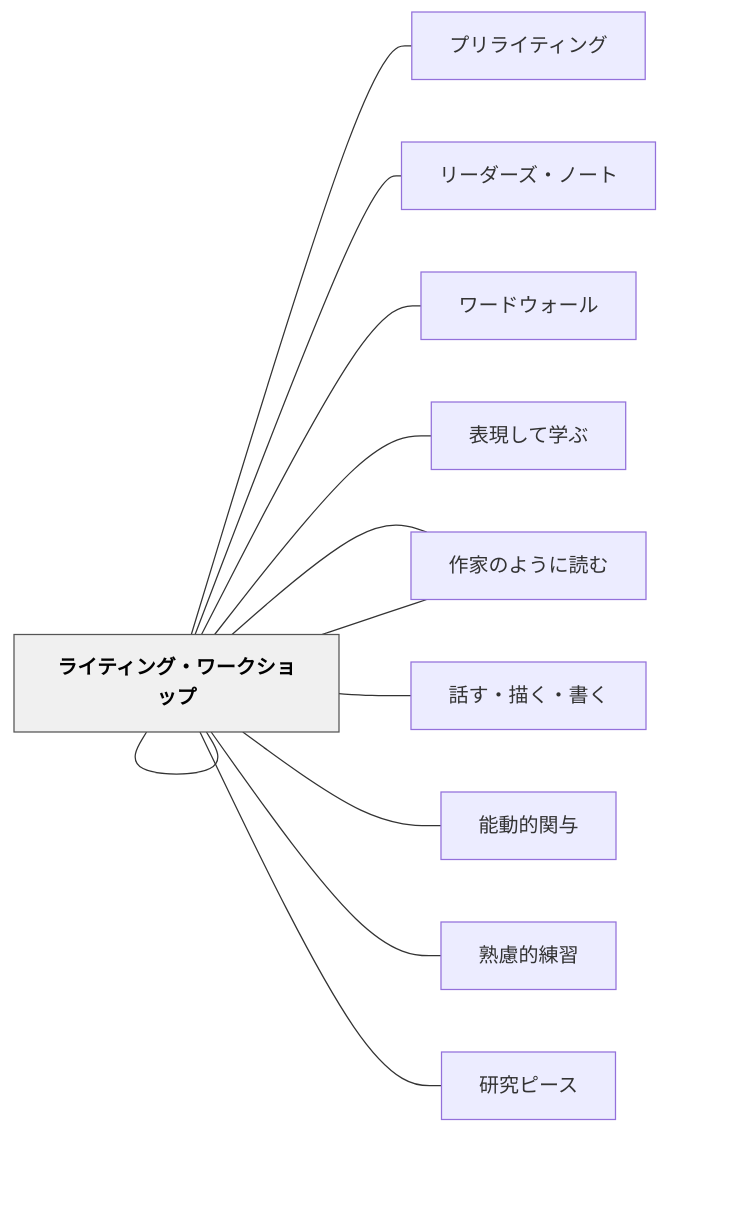
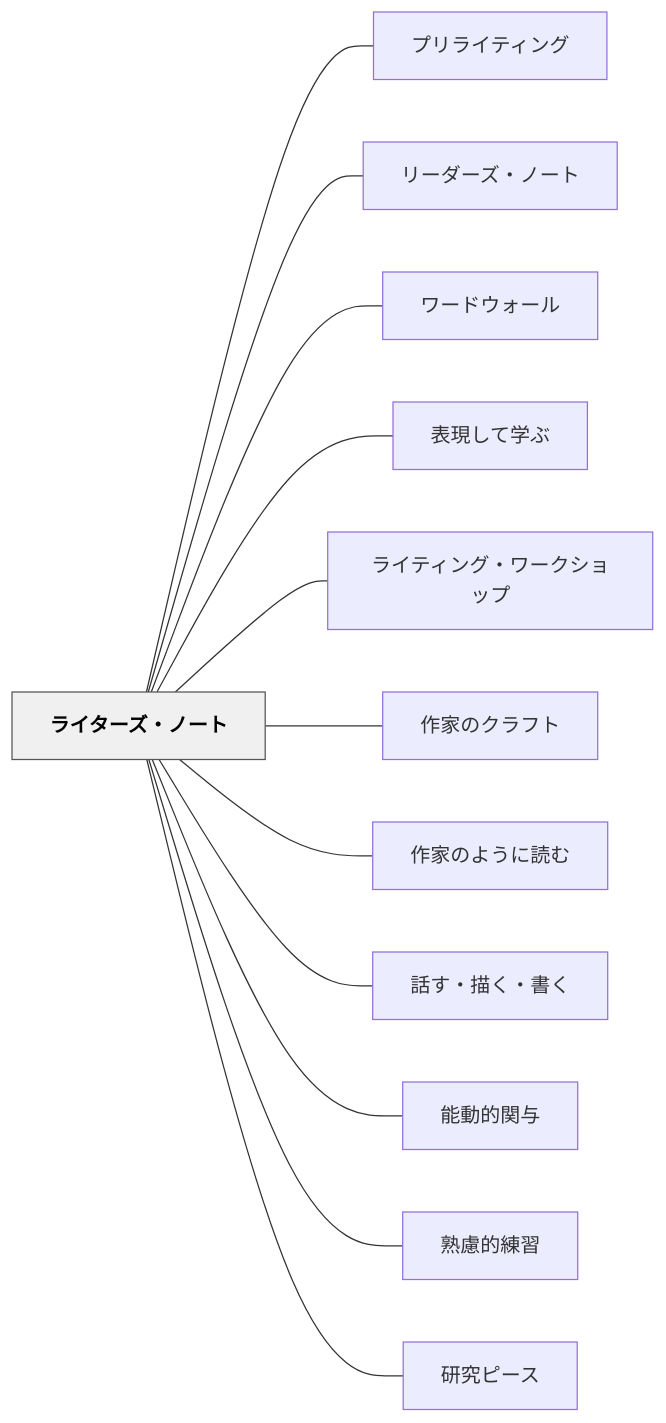
The diagram in content/パタン/ライターズ・ノート.md (unknownthings-ed-patterns/unknownthings-ed-patterns), drawn with Mermaid before and after one commit. The commit also changed 527 other files, not shown here.

````diff
--- a/content/パタン/ライターズ・ノート.md
+++ b/content/パタン/ライターズ・ノート.md
@@ -240,30 +240,30 @@
 ```mermaid
 flowchart LR
-    ne383a9e382a4["ライターズ・ノート"]
-    ne38397e383aa["プリライティング"]
-    ne383aae383bc["リーダーズ・ノート"]
-    ne383afe383bc["ワードウォール"]
-    ne8a1a8e78fbe["表現して学ぶ"]
-    ne383a9e382a4["ライティング・ワークショップ"]
-    ne4bd9ce5aeb6["作家のクラフト"]
-    ne4bd9ce5aeb6["作家のように読む"]
-    ne8a9b1e38199["話す・描く・書く"]
-    ne883bde58b95["能動的関与"]
-    ne7869fe685ae["熟慮的練習"]
-    ne7a094e7a9b6["研究ピース"]
+    ne383a9e382a4e382bfe383bce382bae383bbe3838ee383bce38388["ライターズ・ノート"]
+    ne38397e383aae383a9e382a4e38386e382a3e383b3e382b0["プリライティング"]
+    ne383aae383bce38380e383bce382bae383bbe3838ee383bce38388["リーダーズ・ノート"]
+    ne383afe383bce38389e382a6e382a9e383bce383ab["ワードウォール"]
+    ne8a1a8e78fbee38197e381a6e5ada6e381b6["表現して学ぶ"]
+    ne383a9e382a4e38386e382a3e383b3e382b0e383bbe383afe383bce382afe382b7e383a7e38383e38397["ライティング・ワークショップ"]
+    ne4bd9ce5aeb6e381aee382afe383a9e38395e38388["作家のクラフト"]
+    ne4bd9ce5aeb6e381aee38288e38186e381abe8aaade38280["作家のように読む"]
+    ne8a9b1e38199e383bbe68f8fe3818fe383bbe69bb8e3818f["話す・描く・書く"]
+    ne883bde58b95e79a84e996a2e4b88e["能動的関与"]
+    ne7869fe685aee79a84e7b7b4e7bf92["熟慮的練習"]
+    ne7a094e7a9b6e38394e383bce382b9["研究ピース"]
 
-    ne383a9e382a4 --- ne38397e383aa
-    ne383a9e382a4 --- ne383aae383bc
-    ne383a9e382a4 --- ne383afe383bc
-    ne383a9e382a4 --- ne8a1a8e78fbe
-    ne383a9e382a4 --- ne383a9e382a4
-    ne383a9e382a4 --- ne4bd9ce5aeb6
-    ne383a9e382a4 --- ne4bd9ce5aeb6
-    ne383a9e382a4 --- ne8a9b1e38199
-    ne383a9e382a4 --- ne883bde58b95
-    ne383a9e382a4 --- ne7869fe685ae
-    ne383a9e382a4 --- ne7a094e7a9b6
+    ne383a9e382a4e382bfe383bce382bae383bbe3838ee383bce38388 --- ne38397e383aae383a9e382a4e38386e382a3e383b3e382b0
+    ne383a9e382a4e382bfe383bce382bae383bbe3838ee383bce38388 --- ne383aae383bce38380e383bce382bae383bbe3838ee383bce38388
+    ne383a9e382a4e382bfe383bce382bae383bbe3838ee383bce38388 --- ne383afe383bce38389e382a6e382a9e383bce383ab
+    ne383a9e382a4e382bfe383bce382bae383bbe3838ee383bce38388 --- ne8a1a8e78fbee38197e381a6e5ada6e381b6
+    ne383a9e382a4e382bfe383bce382bae383bbe3838ee383bce38388 --- ne383a9e382a4e38386e382a3e383b3e382b0e383bbe383afe383bce382afe382b7e383a7e38383e38397
+    ne383a9e382a4e382bfe383bce382bae383bbe3838ee383bce38388 --- ne4bd9ce5aeb6e381aee382afe383a9e38395e38388
+    ne383a9e382a4e382bfe383bce382bae383bbe3838ee383bce38388 --- ne4bd9ce5aeb6e381aee38288e38186e381abe8aaade38280
+    ne383a9e382a4e382bfe383bce382bae383bbe3838ee383bce38388 --- ne8a9b1e38199e383bbe68f8fe3818fe383bbe69bb8e3818f
+    ne383a9e382a4e382bfe383bce382bae383bbe3838ee383bce38388 --- ne883bde58b95e79a84e996a2e4b88e
+    ne383a9e382a4e382bfe383bce382bae383bbe3838ee383bce38388 --- ne7869fe685aee79a84e7b7b4e7bf92
+    ne383a9e382a4e382bfe383bce382bae383bbe3838ee383bce38388 --- ne7a094e7a9b6e38394e383bce382b9
 
     classDef hub fill:#f0f0f0,stroke:#555,color:#000,font-weight:bold
-    class ne383a9e382a4 hub
+    class ne383a9e382a4e382bfe383bce382bae383bbe3838ee383bce38388 hub
 ```
````
